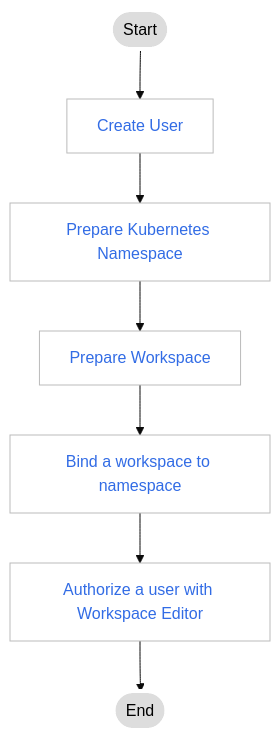
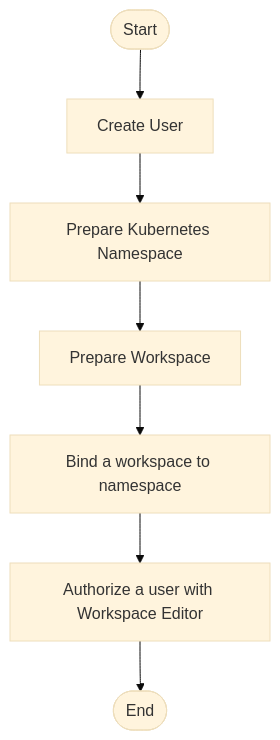
One commit to DaoCloud/DaoCloud-docs changed the diagram in docs/en/docs/ghippo/best-practice/authz-plan.md. Above: the diagram before and after it, drawn with Mermaid (base theme). The commit also changed 40 other files, not shown here.

Commit message:
remove classdef and class from mermaid blocks globally (#7555)

````diff
--- a/docs/en/docs/ghippo/best-practice/authz-plan.md
+++ b/docs/en/docs/ghippo/best-practice/authz-plan.md
@@ -7,23 +7,16 @@
 ```mermaid
 graph TB
 
     start([Start]) --> user[Create User]
     user --> ns[Prepare Kubernetes Namespace]
     ns --> ws[Prepare Workspace]
     ws --> ws-to-ns[Bind a workspace to namespace]
     ws-to-ns --> authu[Authorize a user with Workspace Editor]
     authu --> complete([End])
     
 click user "https://docs.daocloud.io/en/ghippo/user-guide/access-control/user/"
 click ns "https://docs.daocloud.io/en/kpanda/user-guide/namespaces/createns/"
 click ws "https://docs.daocloud.io/en/ghippo/user-guide/workspace/workspace/"
 click ws-to-ns "https://docs.daocloud.io/en/ghippo/user-guide/workspace/ws-to-ns-across-clus/"
 click authu "https://docs.daocloud.io/en/ghippo/user-guide/workspace/wspermission/"
-
- classDef plain fill:#ddd,stroke:#fff,stroke-width:4px,color:#000;
- classDef k8s fill:#326ce5,stroke:#fff,stroke-width:4px,color:#fff;
- classDef cluster fill:#fff,stroke:#bbb,stroke-width:1px,color:#326ce5;
- 
- class user,ns,ws,ws-to-ns,authu cluster;
- class start,complete plain;
 ```
````
